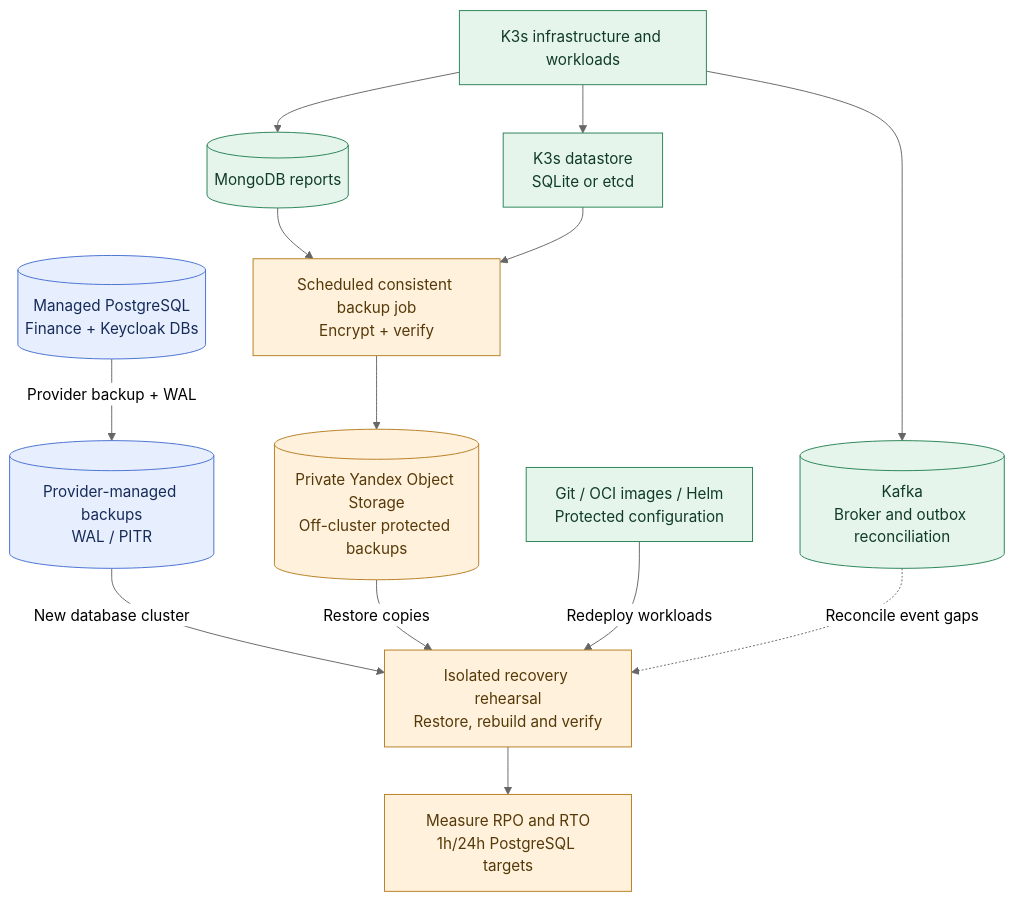
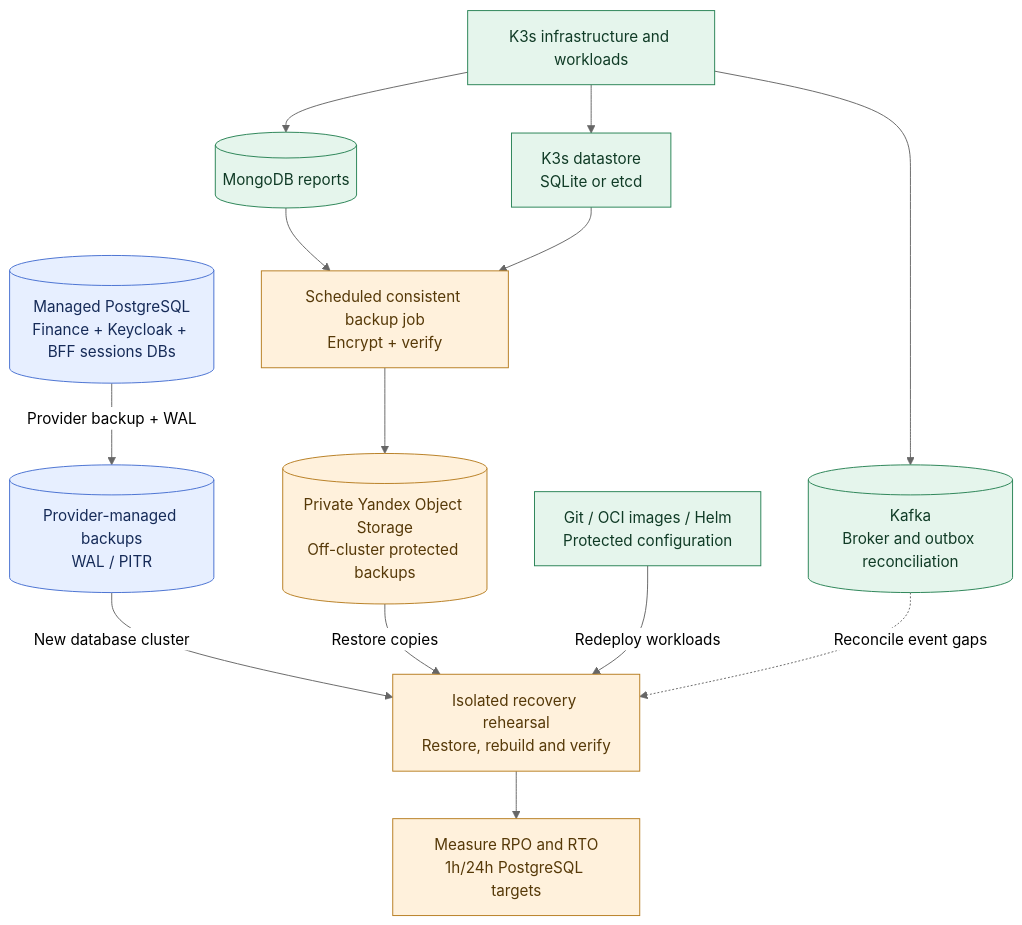
The diagram in docs/architecture/decisions/0019-backup-recovery-objectives-drills.md (anton415/finance-lab), drawn with Mermaid (neutral theme) before and after one commit. The commit also changed other lines of this file and 8 other files, not shown here.

First line of the commit message:
docs(architecture): accept ADR-023 PostgreSQL BFF sessions

````diff
--- a/docs/architecture/decisions/0019-backup-recovery-objectives-drills.md
+++ b/docs/architecture/decisions/0019-backup-recovery-objectives-drills.md
@@ -52,34 +52,34 @@
 ```mermaid
 flowchart TD
-    PG[("Managed PostgreSQL<br/>Finance + Keycloak DBs")]
+    PG[("Managed PostgreSQL<br/>Finance + Keycloak + BFF sessions DBs")]
     PITR[("Provider-managed backups<br/>WAL / PITR")]
     K3S["K3s infrastructure and workloads"]
     MONGO[("MongoDB reports")]
     KSTATE["K3s datastore<br/>SQLite or etcd"]
     KAFKA[("Kafka<br/>Broker and outbox reconciliation")]
     BACKUP["Scheduled consistent backup job<br/>Encrypt + verify"]
     BUCKET[("Private Yandex Object Storage<br/>Off-cluster protected backups")]
     GIT["Git / OCI images / Helm<br/>Protected configuration"]
     RECOVER["Isolated recovery rehearsal<br/>Restore, rebuild and verify"]
     TARGETS["Measure RPO and RTO<br/>1h/24h PostgreSQL targets"]
 
     PG -->|"Provider backup + WAL"| PITR
     K3S --> MONGO
     K3S --> KSTATE
     K3S --> KAFKA
     MONGO --> BACKUP
     KSTATE --> BACKUP
     BACKUP --> BUCKET
     PITR -->|"New database cluster"| RECOVER
     BUCKET -->|"Restore copies"| RECOVER
     GIT -->|"Redeploy workloads"| RECOVER
     KAFKA -.->|"Reconcile event gaps"| RECOVER
     RECOVER --> TARGETS
 
     classDef managed fill:#E7EFFF,stroke:#466FD1,color:#162B58;
     classDef system fill:#E5F5EC,stroke:#278254,color:#103B26;
     classDef backup fill:#FFF1DC,stroke:#B77D20,color:#563908;
     class PG,PITR managed;
     class K3S,MONGO,KSTATE,KAFKA,GIT system;
     class BACKUP,BUCKET,RECOVER,TARGETS backup;
 ```
````
